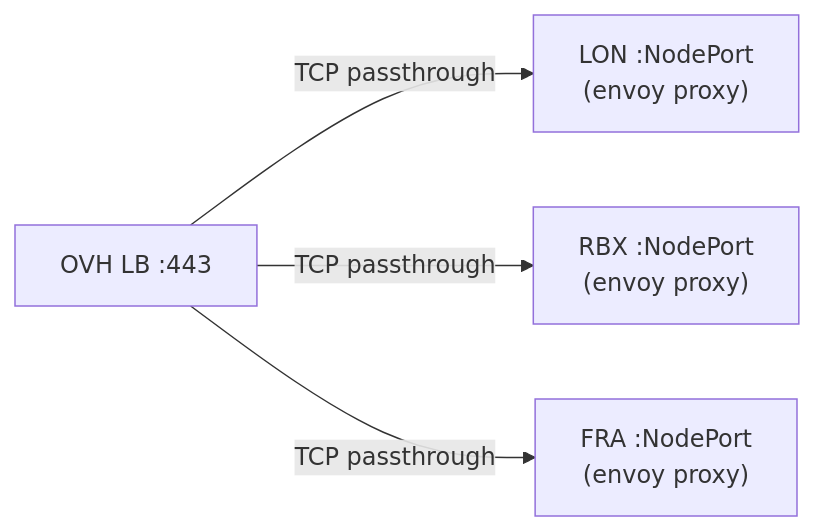
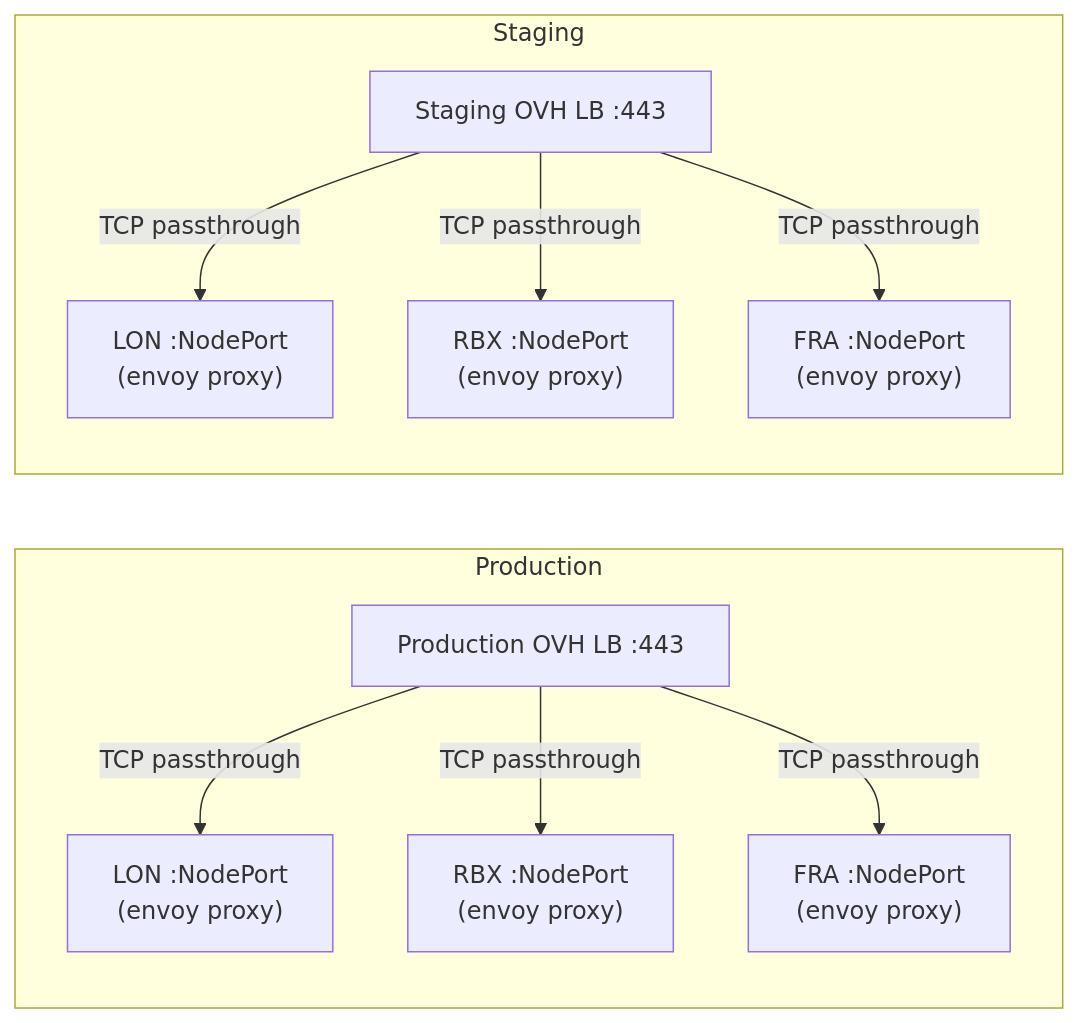
Before and after one commit to immich-app/yucca-o11y: the sixth of 6 diagrams in README.md, drawn with Mermaid. The commit also changed other lines of this file and 12 other files, not shown here.

````diff
--- a/README.md
+++ b/README.md
@@ -337,6 +355,14 @@
 ```mermaid
 graph LR
-    LB["OVH LB :443"] -->|"TCP passthrough"| LON["LON :NodePort<br/>(envoy proxy)"]
-    LB -->|"TCP passthrough"| RBX["RBX :NodePort<br/>(envoy proxy)"]
-    LB -->|"TCP passthrough"| FRA["FRA :NodePort<br/>(envoy proxy)"]
+    subgraph PROD ["Production"]
+        PLB["Production OVH LB :443"] -->|"TCP passthrough"| PLON["LON :NodePort<br/>(envoy proxy)"]
+        PLB -->|"TCP passthrough"| PRBX["RBX :NodePort<br/>(envoy proxy)"]
+        PLB -->|"TCP passthrough"| PFRA["FRA :NodePort<br/>(envoy proxy)"]
+    end
+
+    subgraph STG ["Staging"]
+        SLB["Staging OVH LB :443"] -->|"TCP passthrough"| SLON["LON :NodePort<br/>(envoy proxy)"]
+        SLB -->|"TCP passthrough"| SRBX["RBX :NodePort<br/>(envoy proxy)"]
+        SLB -->|"TCP passthrough"| SFRA["FRA :NodePort<br/>(envoy proxy)"]
+    end
 ```
````
